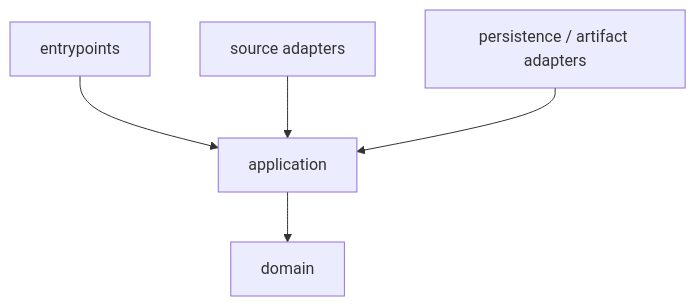
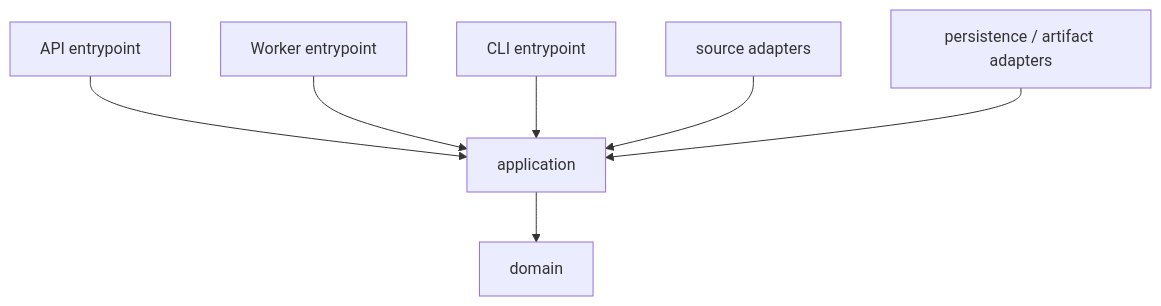
Before and after one commit to mgmaru/card-pulse: the second of 3 diagrams in docs/architecture/overview.md, drawn with Mermaid. The commit also changed other lines of this file and 20 other files, not shown here.

Commit message:
docs: define server architecture and database evaluation

````diff
--- a/docs/architecture/overview.md
+++ b/docs/architecture/overview.md
@@ -46,7 +46,9 @@
 ```mermaid
 flowchart TB
-    E[entrypoints] --> A[application]
-    S[source adapters] --> A
-    P[persistence / artifact adapters] --> A
+    APIE[API entrypoint] --> A[application]
+    WE[Worker entrypoint] --> A
+    CE[CLI entrypoint] --> A
+    SA[source adapters] --> A
+    PA[persistence / artifact adapters] --> A
     A --> D[domain]
 ```
````
